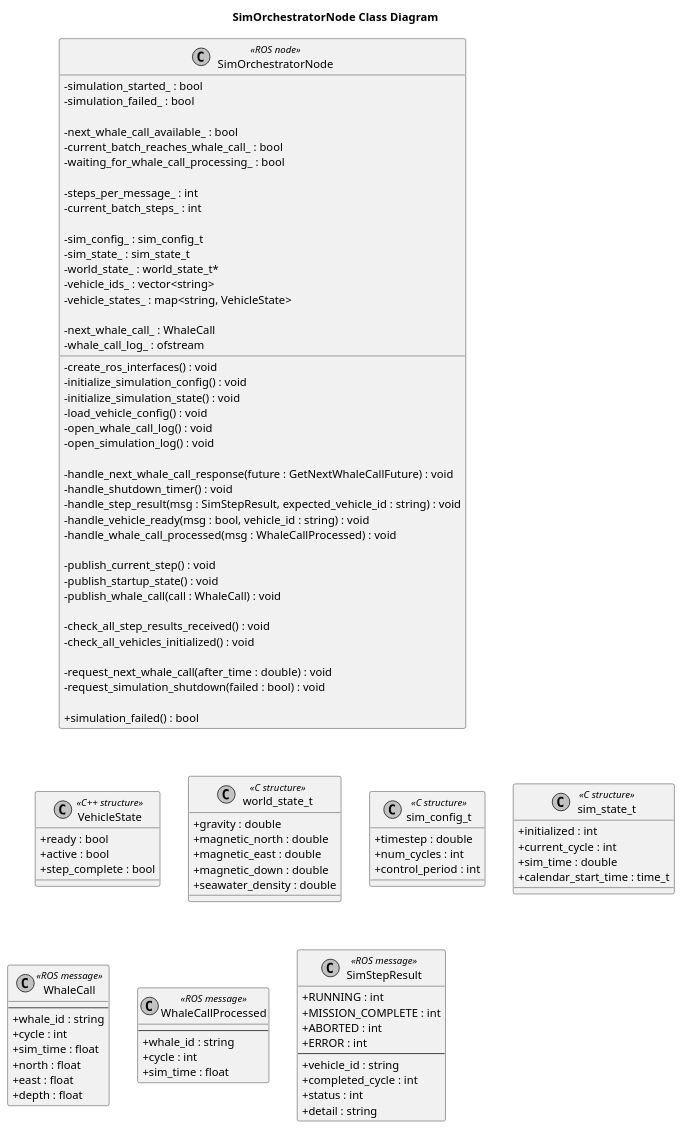
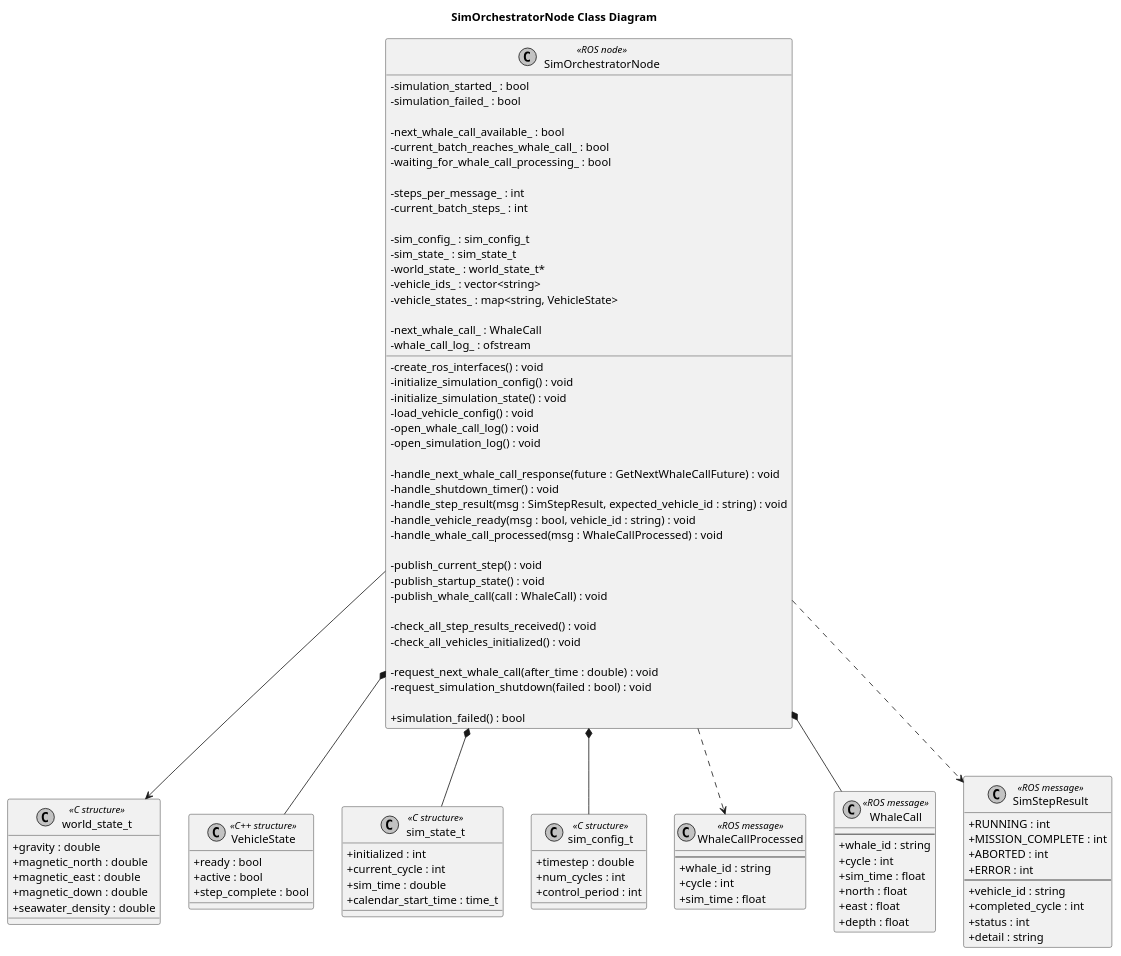
Before and after one commit to Tebcherani/MANTA: the diagram in docs/sim_orchestrator_class.puml, drawn with PlantUML. The commit also changed 9 other files, not shown here.

```diff
--- a/docs/sim_orchestrator_class.puml
+++ b/docs/sim_orchestrator_class.puml
@@ -1,118 +1,127 @@
 @startuml
 title SimOrchestratorNode Class Diagram
 
 skinparam classAttributeIconSize 0
 skinparam monochrome true
 skinparam shadowing false
 
 class SimOrchestratorNode <<ROS node>> {
     ' Attributes
 
     - simulation_started_ : bool
     - simulation_failed_ : bool
     
     - next_whale_call_available_ : bool
     - current_batch_reaches_whale_call_ : bool
     - waiting_for_whale_call_processing_ : bool
 
     - steps_per_message_ : int
     - current_batch_steps_ : int
 
     - sim_config_ : sim_config_t
     - sim_state_ : sim_state_t
     - world_state_ : world_state_t*
     - vehicle_ids_ : vector<string>
     - vehicle_states_ : map<string, VehicleState>
 
     - next_whale_call_ : WhaleCall
     - whale_call_log_ : ofstream
 
     ' Operations
 
     - create_ros_interfaces() : void
     - initialize_simulation_config() : void
     - initialize_simulation_state() : void
     - load_vehicle_config() : void
     - open_whale_call_log() : void
     - open_simulation_log() : void
 
     - handle_next_whale_call_response(future : GetNextWhaleCallFuture) : void
     - handle_shutdown_timer() : void
     - handle_step_result(msg : SimStepResult, expected_vehicle_id : string) : void
     - handle_vehicle_ready(msg : bool, vehicle_id : string) : void
     - handle_whale_call_processed(msg : WhaleCallProcessed) : void
 
     - publish_current_step() : void
     - publish_startup_state() : void
     - publish_whale_call(call : WhaleCall) : void
 
     - check_all_step_results_received() : void
     - check_all_vehicles_initialized() : void
 
     - request_next_whale_call(after_time : double) : void 
     - request_simulation_shutdown(failed : bool) : void  
 
     + simulation_failed() : bool
 }
 
 together {
     class sim_config_t <<C structure>> {
         + timestep : double
         + num_cycles : int
         + control_period : int
     }
 
     class sim_state_t <<C structure>> {
         + initialized : int
         + current_cycle : int
         + sim_time : double 
         + calendar_start_time : time_t
     }
 
     class "VehicleState" <<C++ structure>> {        
         + ready : bool
         + active : bool
         + step_complete : bool
     }
 
     class world_state_t <<C structure>> {
         + gravity : double
         + magnetic_north : double 
         + magnetic_east : double
         + magnetic_down : double 
         + seawater_density : double
     }
 }
 
 together {
     class SimStepResult <<ROS message>> {
         + RUNNING : int
         + MISSION_COMPLETE : int
         + ABORTED : int
         + ERROR : int
         --
         + vehicle_id : string
         + completed_cycle : int
         + status : int
         + detail : string
     }
 
     class WhaleCall <<ROS message>> {
         --
         + whale_id : string
         + cycle : int
         + sim_time : float
         + north : float 
         + east : float
         + depth : float
     }
 
     class WhaleCallProcessed <<ROS message>> {
         --
         + whale_id : string
         + cycle : int
         + sim_time : float
     }
 }
 
+SimOrchestratorNode *-- sim_config_t
+SimOrchestratorNode *-- sim_state_t
+SimOrchestratorNode *-- VehicleState
+SimOrchestratorNode --> world_state_t
+
+SimOrchestratorNode ..> SimStepResult
+SimOrchestratorNode *-- WhaleCall
+SimOrchestratorNode ..> WhaleCallProcessed
+
 @enduml
```
